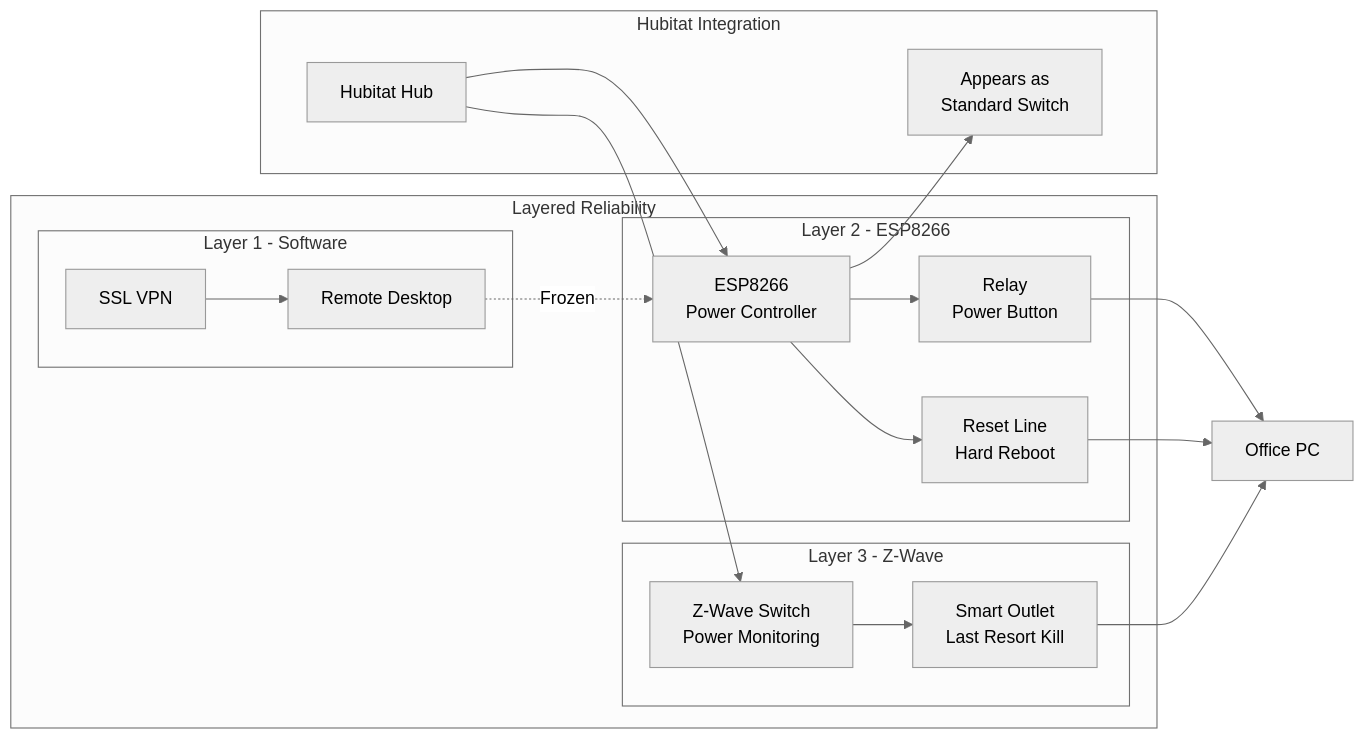
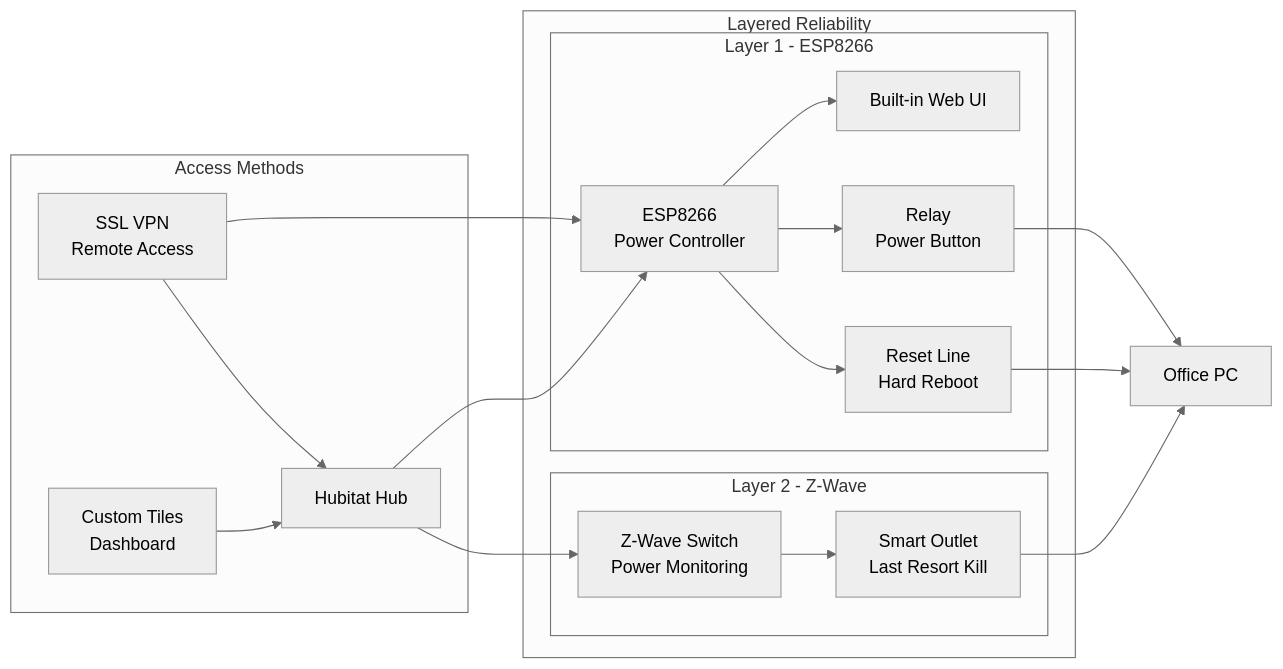
One commit to elfege/Arduino_CPP changed the third of 5 diagrams in README.md. Above: the diagram before and after it, drawn with Mermaid (neutral theme). The commit also changed other lines of this file, not shown here.

Commit message:
Fix PC Power Control diagram: SSLVPN accesses ESP8266 directly, not RDP

````diff
--- a/README.md
+++ b/README.md
@@ -149,37 +149,35 @@
 ```mermaid
 graph LR
     subgraph "Layered Reliability"
-        subgraph "Layer 1 - Software"
-            RDP[Remote Desktop]
-            VPN[SSL VPN]
-        end
-
-        subgraph "Layer 2 - ESP8266"
+        subgraph "Layer 1 - ESP8266"
             ESP[ESP8266<br/>Power Controller]
+            WEBUI[Built-in Web UI]
             RELAY[Relay<br/>Power Button]
             RESET[Reset Line<br/>Hard Reboot]
         end
 
-        subgraph "Layer 3 - Z-Wave"
+        subgraph "Layer 2 - Z-Wave"
             ZWAVE[Z-Wave Switch<br/>Power Monitoring]
             OUTLET[Smart Outlet<br/>Last Resort Kill]
         end
     end
 
-    subgraph "Hubitat Integration"
+    subgraph "Access Methods"
+        VPN[SSL VPN<br/>Remote Access]
         HUB[Hubitat Hub]
-        SWITCH[Appears as<br/>Standard Switch]
+        TILES[Custom Tiles<br/>Dashboard]
     end
 
-    VPN --> RDP
-    RDP -.->|"Frozen"| ESP
+    VPN --> ESP
+    VPN --> HUB
+    HUB --> ESP
+    TILES --> HUB
+    ESP --> WEBUI
     ESP --> RELAY
     ESP --> RESET
     RELAY --> PC[Office PC]
     RESET --> PC
     ZWAVE --> OUTLET
     OUTLET --> PC
-    HUB --> ESP
     HUB --> ZWAVE
-    ESP --> SWITCH
 ```
````
